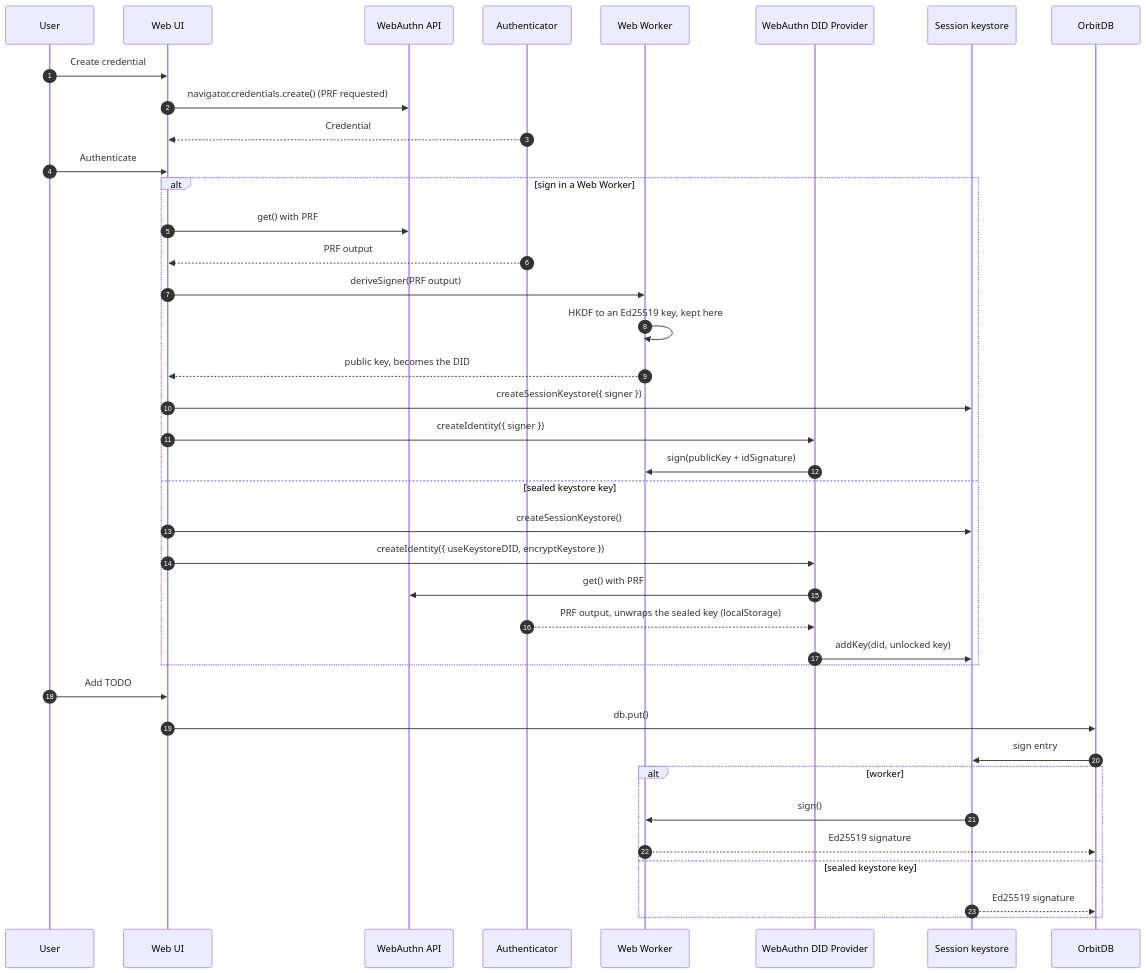
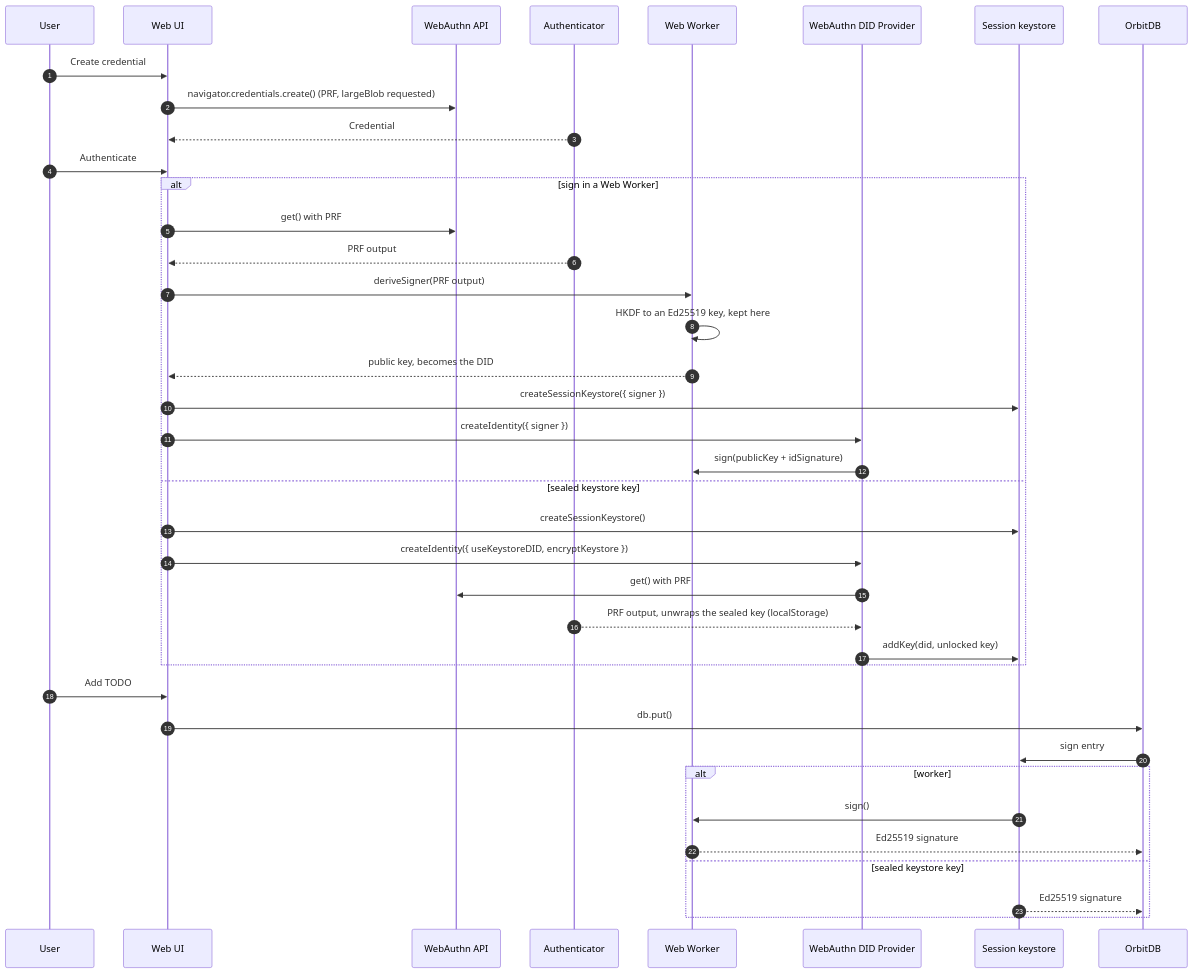
The diagram in examples/ed25519-encrypted-keystore-demo/README.md (Le-Space/orbitdb-identity-provider-webauthn-did), drawn with Mermaid before and after one commit. The commit also changed 4 other files, not shown here.

````diff
--- a/examples/ed25519-encrypted-keystore-demo/README.md
+++ b/examples/ed25519-encrypted-keystore-demo/README.md
@@ -54,44 +54,44 @@
 ```mermaid
 sequenceDiagram
   autonumber
   participant User
   participant App as Web UI
   participant WebAuthn as WebAuthn API
   participant Auth as Authenticator
   participant Worker as Web Worker
   participant Prov as WebAuthn DID Provider
   participant KS as Session keystore
   participant DB as OrbitDB
 
   User->>App: Create credential
-  App->>WebAuthn: navigator.credentials.create() (PRF requested)
+  App->>WebAuthn: navigator.credentials.create() (PRF, largeBlob requested)
   Auth-->>App: Credential
 
   User->>App: Authenticate
   alt sign in a Web Worker
     App->>WebAuthn: get() with PRF
     Auth-->>App: PRF output
     App->>Worker: deriveSigner(PRF output)
     Worker->>Worker: HKDF to an Ed25519 key, kept here
     Worker-->>App: public key, becomes the DID
     App->>KS: createSessionKeystore({ signer })
     App->>Prov: createIdentity({ signer })
     Prov->>Worker: sign(publicKey + idSignature)
   else sealed keystore key
     App->>KS: createSessionKeystore()
     App->>Prov: createIdentity({ useKeystoreDID, encryptKeystore })
     Prov->>WebAuthn: get() with PRF
     Auth-->>Prov: PRF output, unwraps the sealed key (localStorage)
     Prov->>KS: addKey(did, unlocked key)
   end
 
   User->>App: Add TODO
   App->>DB: db.put()
   DB->>KS: sign entry
   alt worker
     KS->>Worker: sign()
     Worker-->>DB: Ed25519 signature
   else sealed keystore key
     KS-->>DB: Ed25519 signature
   end
 ```
````
